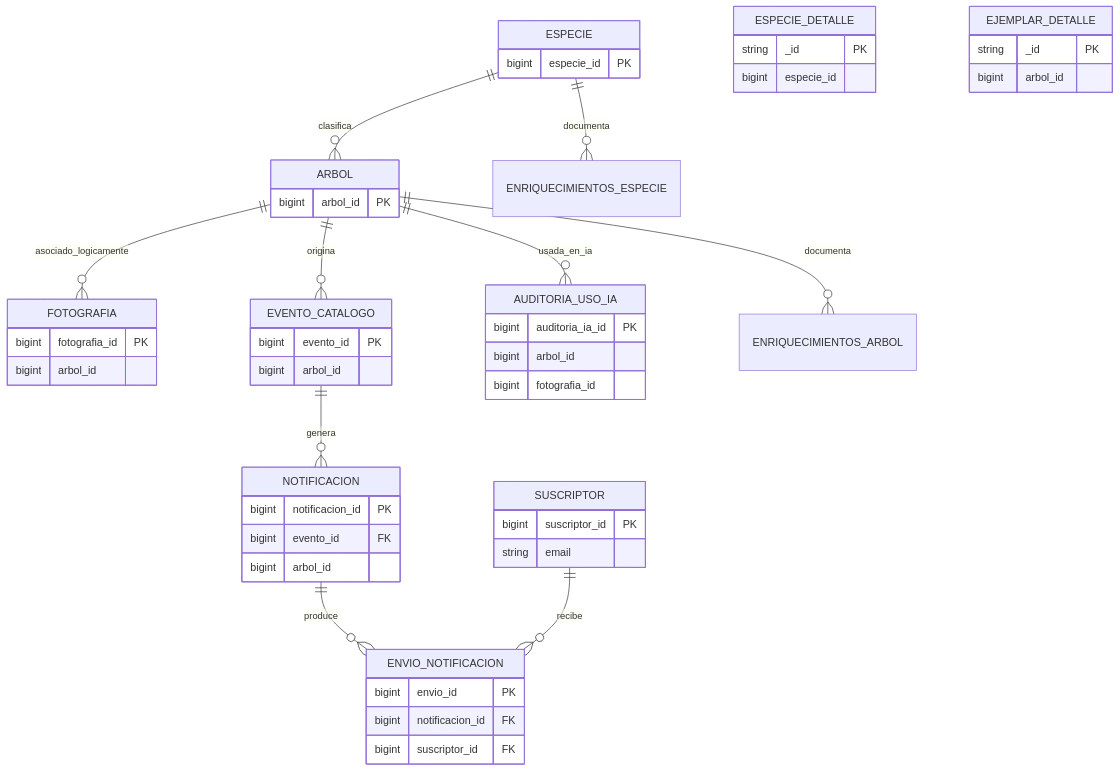
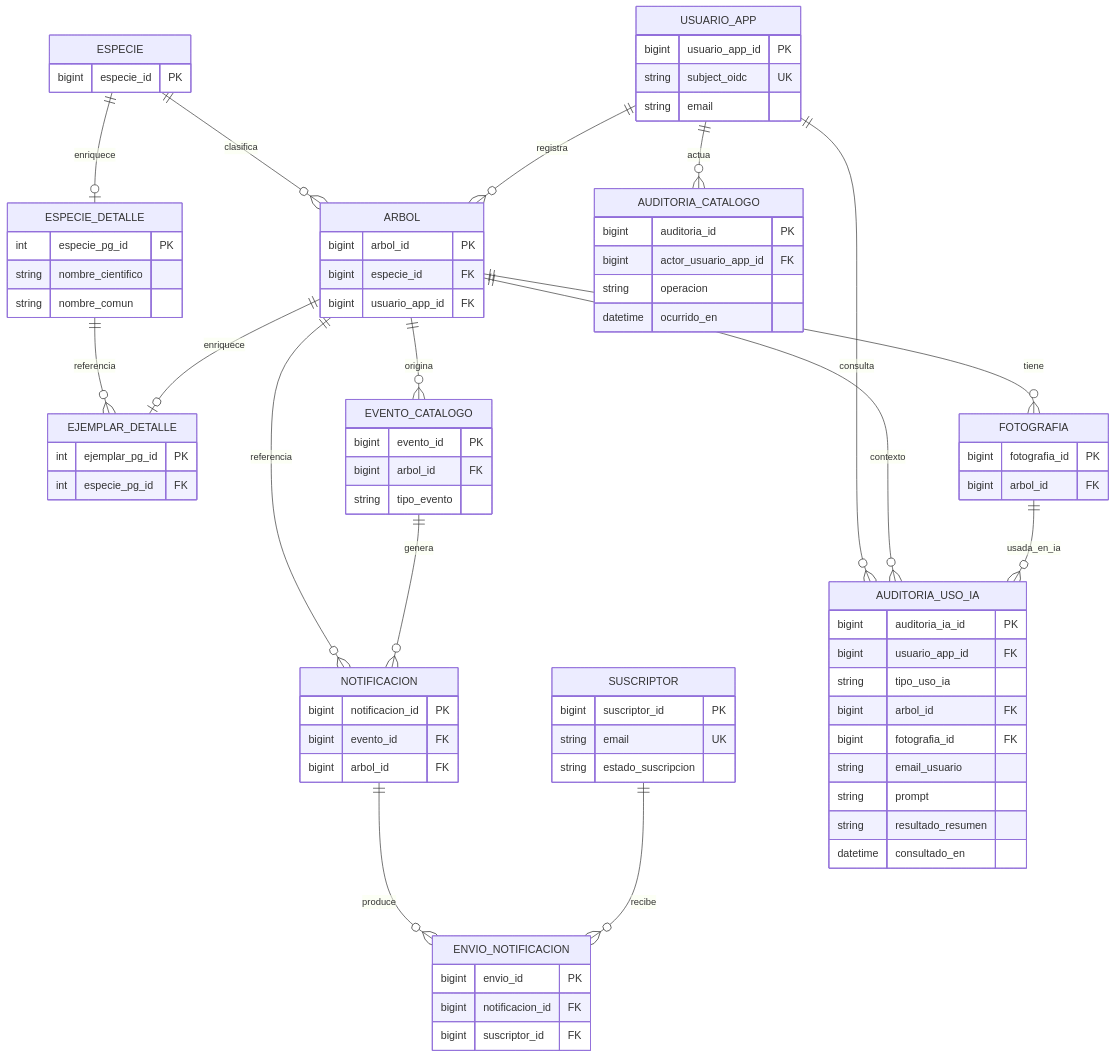
Diagram 13 of 18 in readme.md (LIDR-academy/AI4Devs-finalproject), drawn with Mermaid before and after one commit. The commit also changed other lines of this file and 1 other file, not shown here.

Commit message:
Modificación de los diagramas er

````diff
--- a/readme.md
+++ b/readme.md
@@ -780,64 +782,81 @@
 ```mermaid
 erDiagram
-    ARBOL {
-        bigint arbol_id PK
+    USUARIO_APP {
+        bigint usuario_app_id PK
+        string subject_oidc UK
+        string email
     }
-
     ESPECIE {
         bigint especie_id PK
     }
-    
+    ARBOL {
+        bigint arbol_id PK
+        bigint especie_id FK
+        bigint usuario_app_id FK
+    }
     ESPECIE_DETALLE {
-        string _id PK
-        bigint especie_id
+        int especie_pg_id PK
+        string nombre_cientifico
+        string nombre_comun
     }
-
     EJEMPLAR_DETALLE {
-        string _id PK
-        bigint arbol_id
+        int ejemplar_pg_id PK
+        int especie_pg_id FK
     }
-
     FOTOGRAFIA {
         bigint fotografia_id PK
-        bigint arbol_id
+        bigint arbol_id FK
     }
-
     EVENTO_CATALOGO {
         bigint evento_id PK
-        bigint arbol_id
+        bigint arbol_id FK
+        string tipo_evento
     }
-
     NOTIFICACION {
         bigint notificacion_id PK
         bigint evento_id FK
-        bigint arbol_id
+        bigint arbol_id FK
     }
-
     SUSCRIPTOR {
         bigint suscriptor_id PK
-        string email
+        string email UK
+        string estado_suscripcion
     }
-
     ENVIO_NOTIFICACION {
         bigint envio_id PK
         bigint notificacion_id FK
         bigint suscriptor_id FK
     }
-
+    AUDITORIA_CATALOGO {
+        bigint auditoria_id PK
+        bigint actor_usuario_app_id FK
+        string operacion
+        datetime ocurrido_en
+    }
     AUDITORIA_USO_IA {
         bigint auditoria_ia_id PK
-        bigint arbol_id
-        bigint fotografia_id
+        bigint usuario_app_id FK
+        string tipo_uso_ia
+        bigint arbol_id FK
+        bigint fotografia_id FK
+        string email_usuario
+        string prompt
+        string resultado_resumen
+        datetime consultado_en
     }
-
-    ARBOL ||--o{ FOTOGRAFIA : asociado_logicamente
+    ESPECIE ||--o{ ARBOL : clasifica
+    USUARIO_APP ||--o{ ARBOL : registra
+    USUARIO_APP ||--o{ AUDITORIA_CATALOGO : actua
+    ESPECIE ||--o| ESPECIE_DETALLE : enriquece
+    ESPECIE_DETALLE ||--o{ EJEMPLAR_DETALLE : referencia
+    ARBOL ||--o| EJEMPLAR_DETALLE : enriquece
+    ARBOL ||--o{ FOTOGRAFIA : tiene
     ARBOL ||--o{ EVENTO_CATALOGO : origina
-    ARBOL ||--o{ AUDITORIA_USO_IA : usada_en_ia
+    ARBOL ||--o{ NOTIFICACION : referencia
     EVENTO_CATALOGO ||--o{ NOTIFICACION : genera
-    ARBOL ||--o{ ENRIQUECIMIENTOS_ARBOL : documenta
-    ESPECIE ||--o{ ENRIQUECIMIENTOS_ESPECIE : documenta
-    ESPECIE ||--o{ ARBOL : clasifica
     NOTIFICACION ||--o{ ENVIO_NOTIFICACION : produce
     SUSCRIPTOR ||--o{ ENVIO_NOTIFICACION : recibe
-
+    USUARIO_APP ||--o{ AUDITORIA_USO_IA : consulta
+    ARBOL ||--o{ AUDITORIA_USO_IA : contexto
+    FOTOGRAFIA ||--o{ AUDITORIA_USO_IA : usada_en_ia
 ```
````
